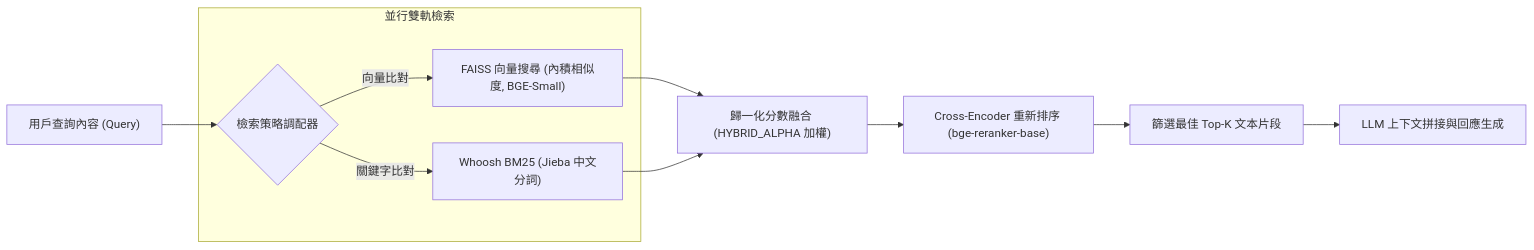
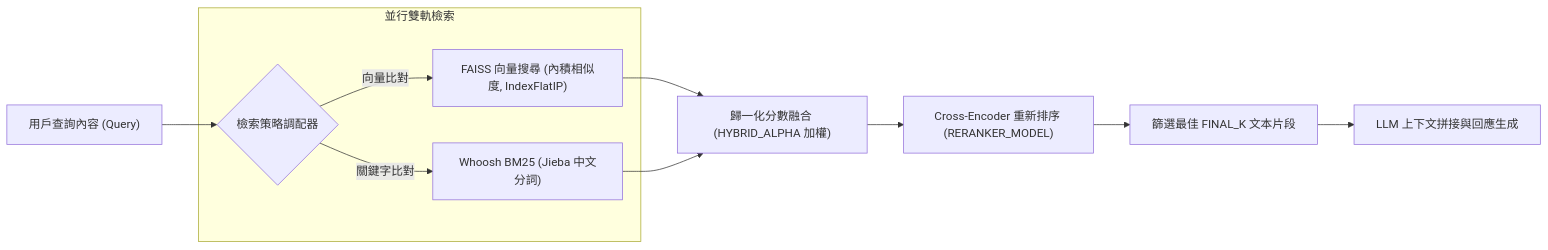
Before and after one commit to Scorpio-meow/AskMiao: the second of 6 diagrams in docs/architecture.md, drawn with Mermaid. The commit also changed other lines of this file and 15 other files, not shown here.

````diff
--- a/docs/architecture.md
+++ b/docs/architecture.md
@@ -58,16 +87,16 @@
 ```mermaid
 flowchart LR
     Query["用戶查詢內容 (Query)"] --> Strategy{"檢索策略調配器"}
-    
+
     subgraph ParallelRetrieval ["並行雙軌檢索"]
-        Strategy -->|向量比對| FAISS["FAISS 向量搜尋 (內積相似度, BGE-Small)"]
+        Strategy -->|向量比對| FAISS["FAISS 向量搜尋 (內積相似度, IndexFlatIP)"]
         Strategy -->|關鍵字比對| BM25["Whoosh BM25 (Jieba 中文分詞)"]
     end
 
     FAISS --> Merge["歸一化分數融合 (HYBRID_ALPHA 加權)"]
     BM25 --> Merge
-    
-    Merge --> Reranker["Cross-Encoder 重新排序 (bge-reranker-base)"]
-    Reranker --> TopK["篩選最佳 Top-K 文本片段"]
+
+    Merge --> Reranker["Cross-Encoder 重新排序 (RERANKER_MODEL)"]
+    Reranker --> TopK["篩選最佳 FINAL_K 文本片段"]
     TopK --> LLM["LLM 上下文拼接與回應生成"]
 ```
````
